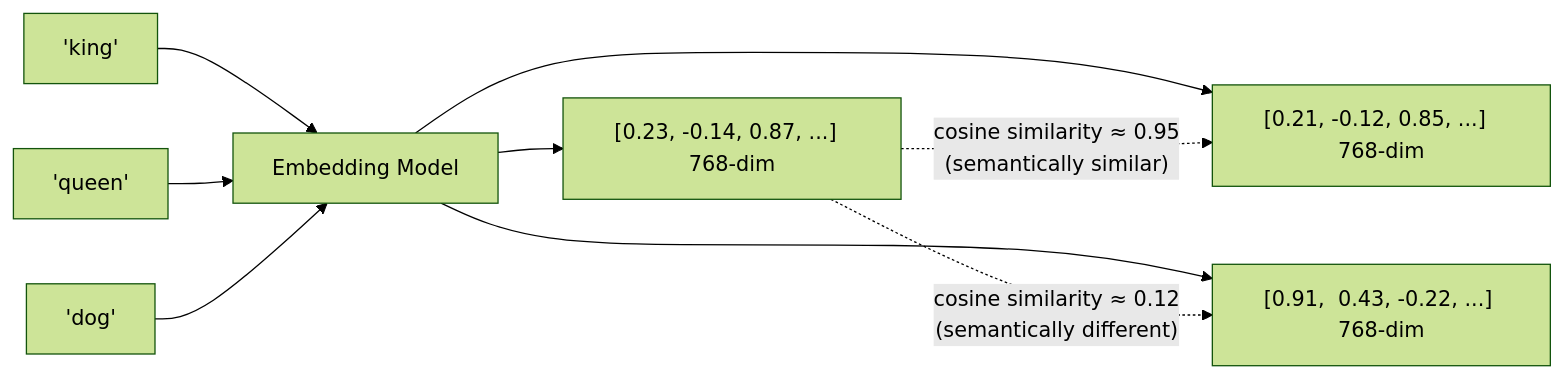
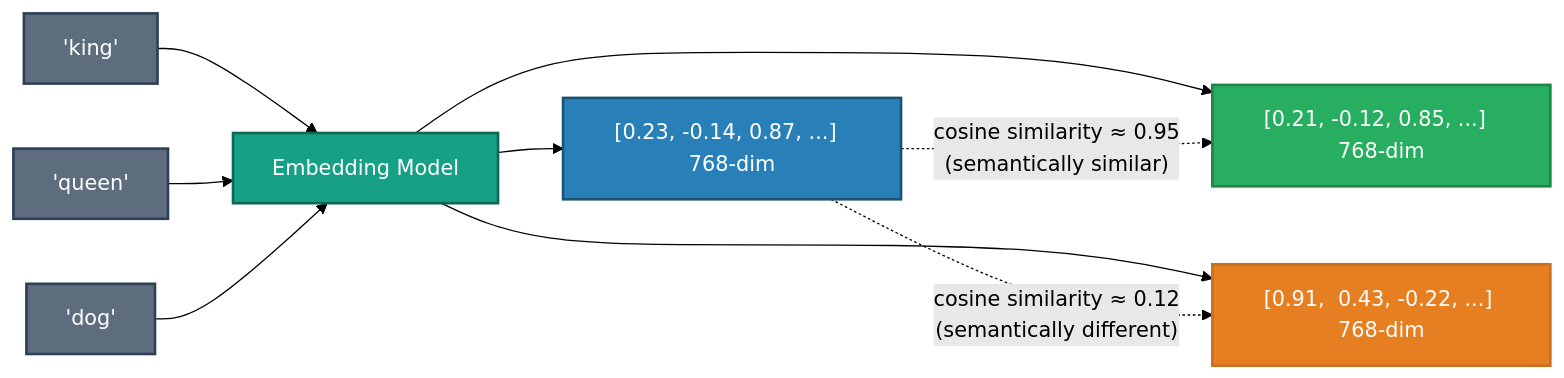
Before and after one commit to GyanendraChaubey/AI-Engineering-Notes: diagram 14 of 24 in docs/17-interview-questions/topic_deep_dive_rag.md, drawn with Mermaid (forest theme). The commit also changed other lines of this file and 74 other files, not shown here.

First line of the commit message:
refactor: split company_wise_interviews.md into 72 individual interview files + fix mermaid colors

````diff
--- a/docs/17-interview-questions/topic_deep_dive_rag.md
+++ b/docs/17-interview-questions/topic_deep_dive_rag.md
@@ -590,12 +665,20 @@
 ```mermaid
 graph LR
     T1["'king'"] --> E[Embedding Model]
     T2["'queen'"] --> E
     T3["'dog'"] --> E
     E --> V1["[0.23, -0.14, 0.87, ...]  768-dim"]
     E --> V2["[0.21, -0.12, 0.85, ...]  768-dim"]
     E --> V3["[0.91,  0.43, -0.22, ...] 768-dim"]
 
     V1 -.->|"cosine similarity ≈ 0.95\n(semantically similar)"| V2
     V1 -.->|"cosine similarity ≈ 0.12\n(semantically different)"| V3
+
+    style T1 fill:#5D6D7E,stroke:#2E4057,stroke-width:2px,color:#FFFFFF
+    style T2 fill:#5D6D7E,stroke:#2E4057,stroke-width:2px,color:#FFFFFF
+    style T3 fill:#5D6D7E,stroke:#2E4057,stroke-width:2px,color:#FFFFFF
+    style E fill:#16A085,stroke:#0E6655,stroke-width:2px,color:#FFFFFF
+    style V1 fill:#2980B9,stroke:#1A5276,stroke-width:2px,color:#FFFFFF
+    style V2 fill:#27AE60,stroke:#1E8449,stroke-width:2px,color:#FFFFFF
+    style V3 fill:#E67E22,stroke:#CA6F1E,stroke-width:2px,color:#FFFFFF
 ```
````
